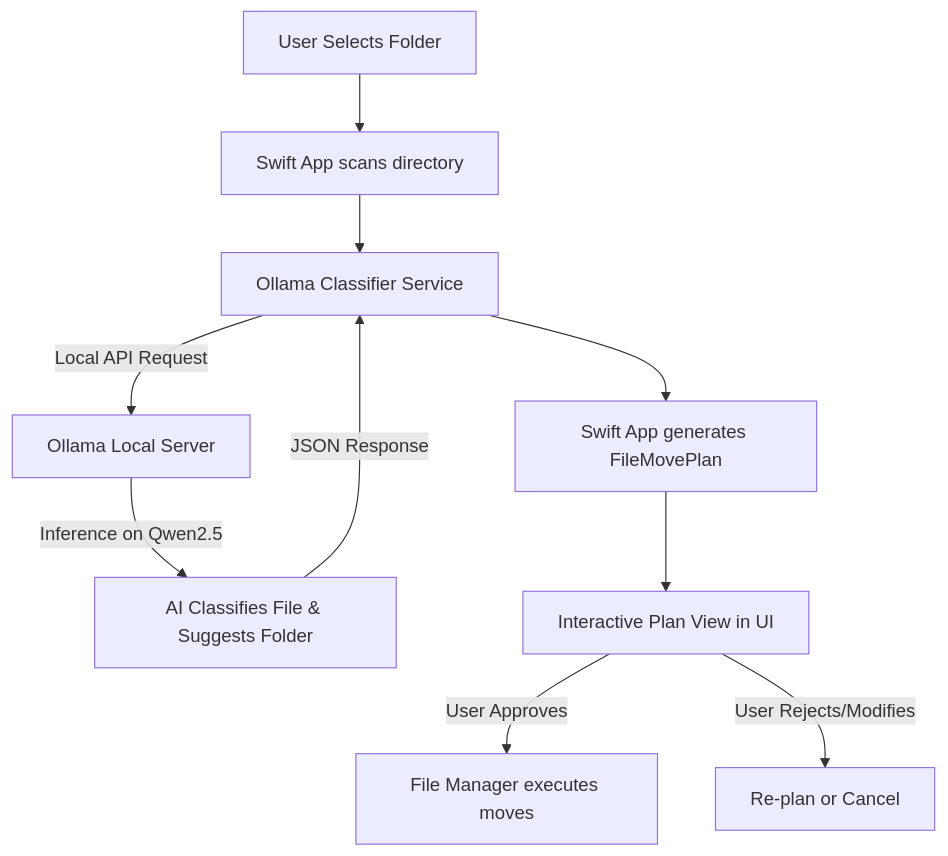
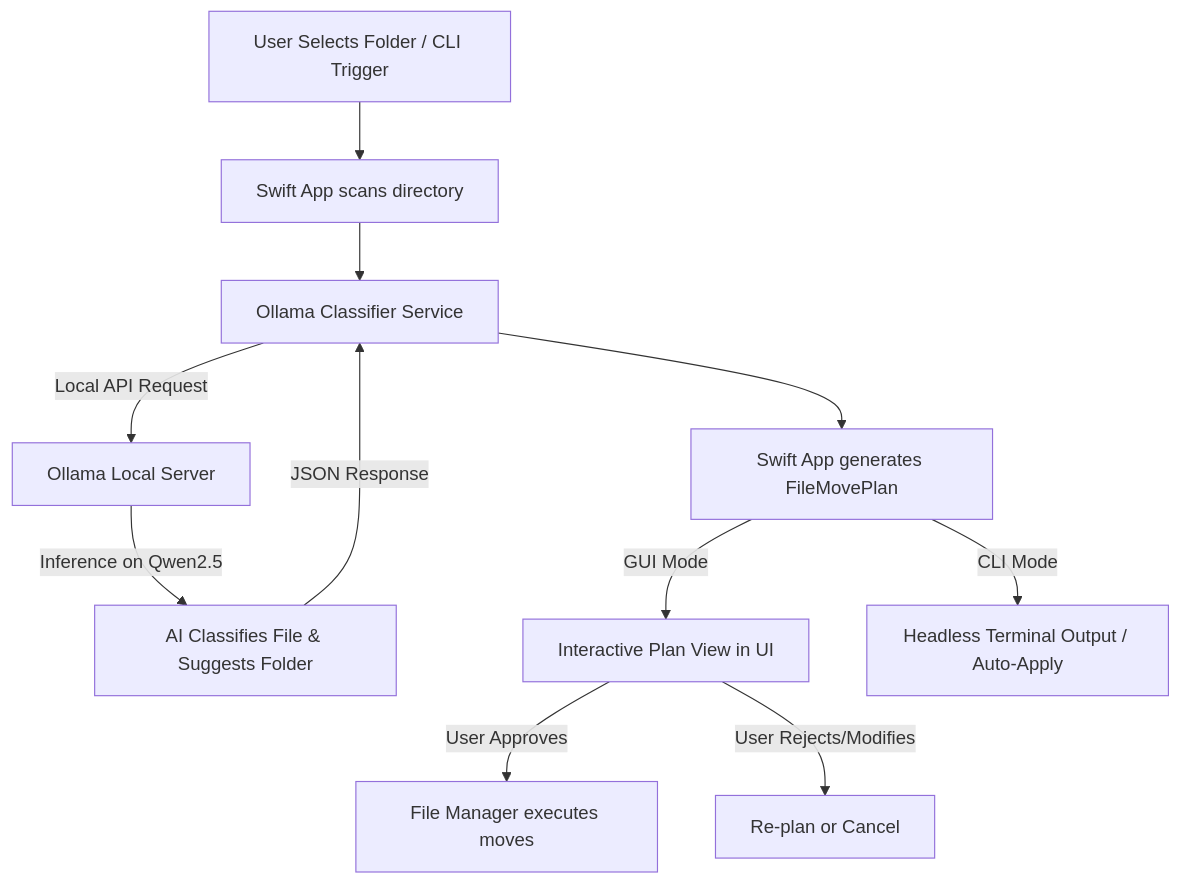
The diagram in README.md (sleepyhashira/orbin), drawn with Mermaid before and after one commit. The commit also changed other lines of this file and 27 other files, not shown here.

````diff
--- a/README.md
+++ b/README.md
@@ -16,12 +16,13 @@
 ```mermaid
 graph TD
-    A[User Selects Folder] --> B[Swift App scans directory]
+    A[User Selects Folder / CLI Trigger] --> B[Swift App scans directory]
     B --> C[Ollama Classifier Service]
     C -->|Local API Request| D[Ollama Local Server]
     D -->|Inference on Qwen2.5| E[AI Classifies File & Suggests Folder]
     E -->|JSON Response| C
     C --> F[Swift App generates FileMovePlan]
-    F --> G[Interactive Plan View in UI]
+    F -->|GUI Mode| G[Interactive Plan View in UI]
+    F -->|CLI Mode| J[Headless Terminal Output / Auto-Apply]
     G -->|User Approves| H[File Manager executes moves]
     G -->|User Rejects/Modifies| I[Re-plan or Cancel]
 ```
````
